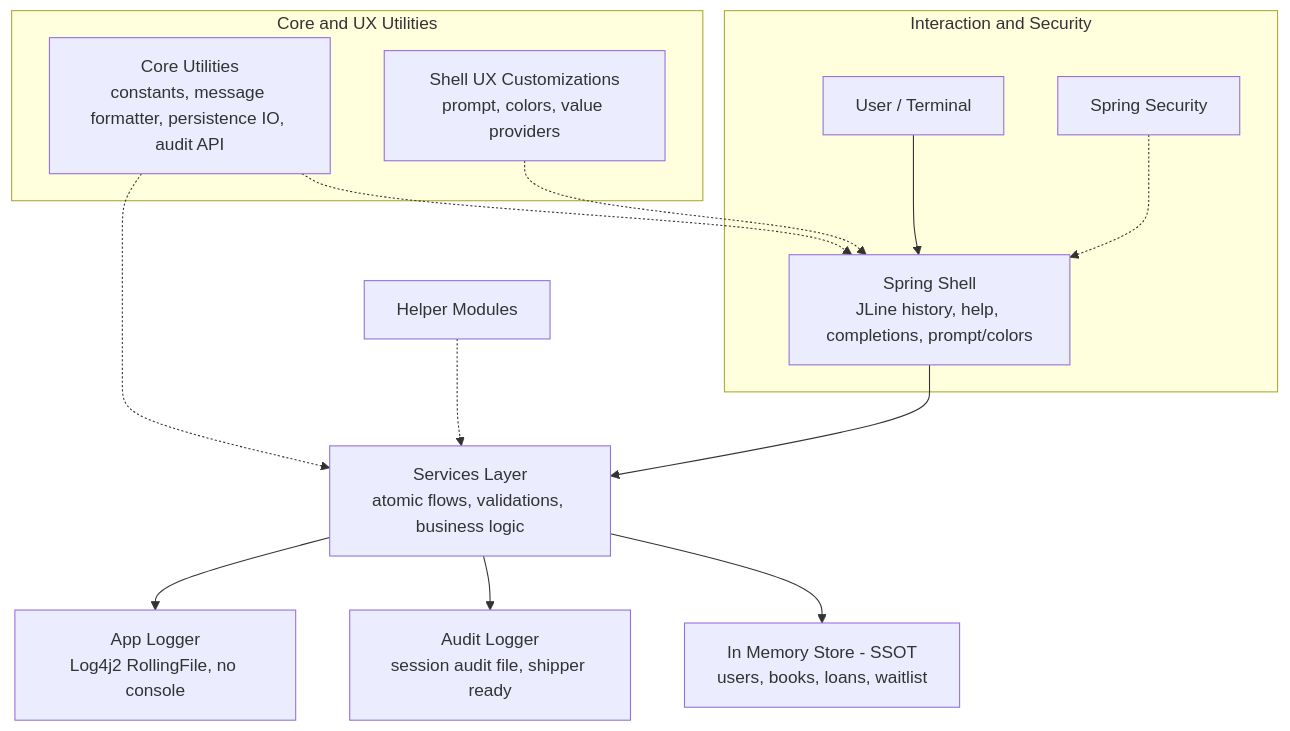
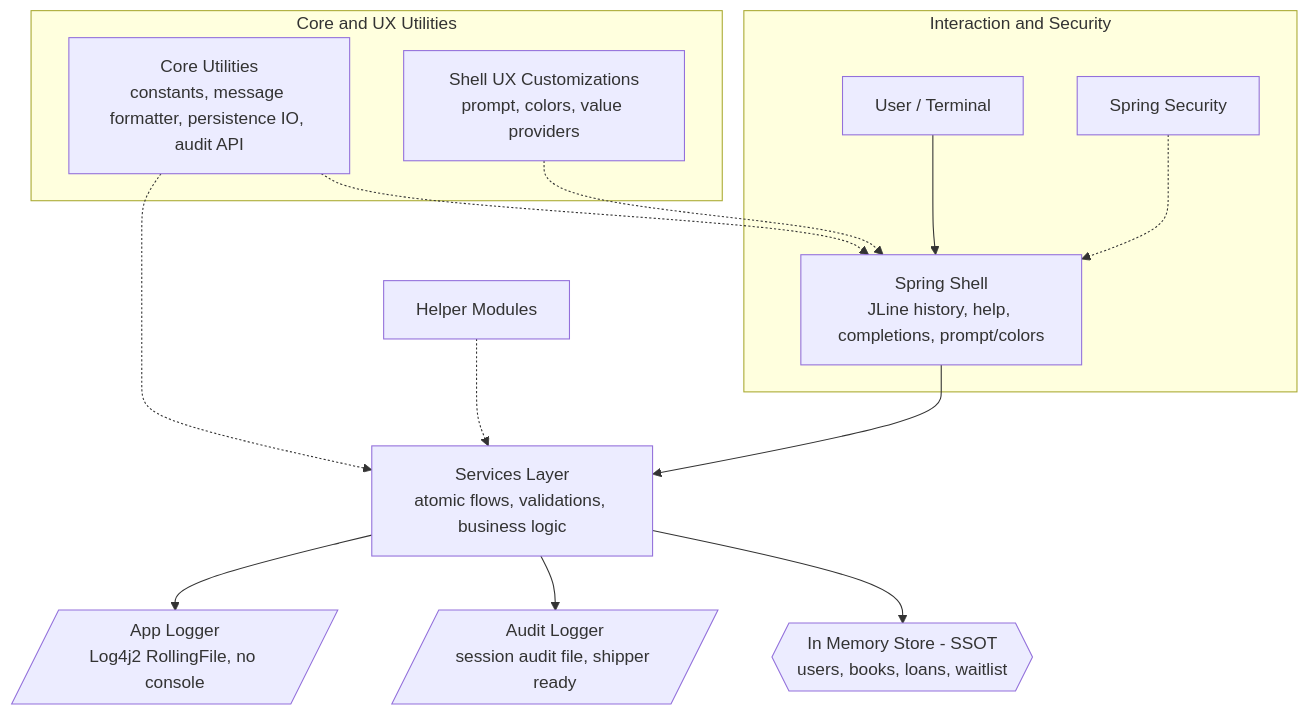
One commit to cvranjith/bookhouse changed the diagram in docs/design_documentation.md. Above: the diagram before and after it, drawn with Mermaid.

Commit message:
arch added

````diff
--- a/docs/design_documentation.md
+++ b/docs/design_documentation.md
@@ -94,31 +94,32 @@
 ```mermaid
 flowchart TD
     subgraph L1[Interaction and Security]
         U[User / Terminal]
         SH[Spring Shell<br/>JLine history, help, completions, prompt/colors]
         SEC[Spring Security]
         U --> SH
         SEC -.-> SH
     end
 
     subgraph L2[Core and UX Utilities]
         CORE[Core Utilities<br/>constants, message formatter, persistence IO, audit API]
         UX[Shell UX Customizations<br/>prompt, colors, value providers]
     end
 
     HM[Helper Modules]
     SVC[Services Layer<br/>atomic flows, validations, business logic]
-    MEM[In Memory Store - SSOT<br/>users, books, loans, waitlist]
-    AUD[Audit Logger<br/>session audit file, shipper ready]
-    APP[App Logger<br/>Log4j2 RollingFile, no console]
+
+    MEM{{In Memory Store - SSOT<br/>users, books, loans, waitlist}}
+    AUD[/Audit Logger<br/>session audit file, shipper ready/]
+    APP[/App Logger<br/>Log4j2 RollingFile, no console/]
 
     SH --> SVC
     HM -.-> SVC
     CORE -.-> SH
     CORE -.-> SVC
     UX -.-> SH
 
     SVC --> MEM
     SVC --> AUD
     SVC --> APP
 ```
````
